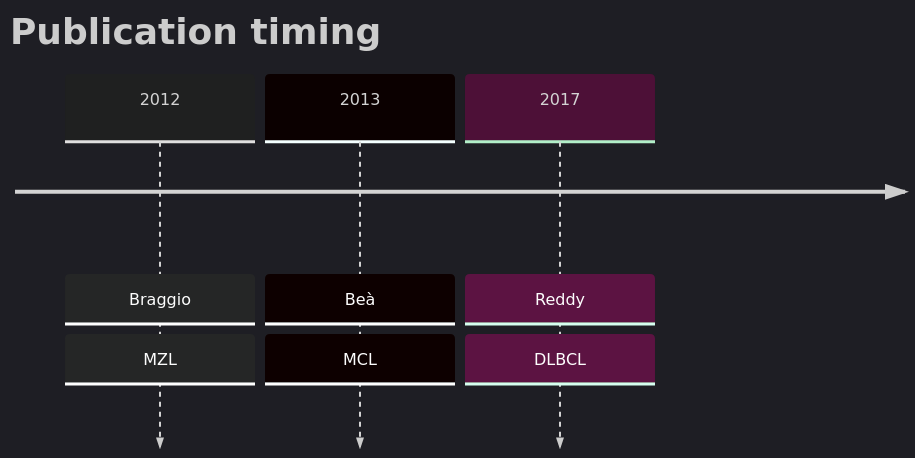
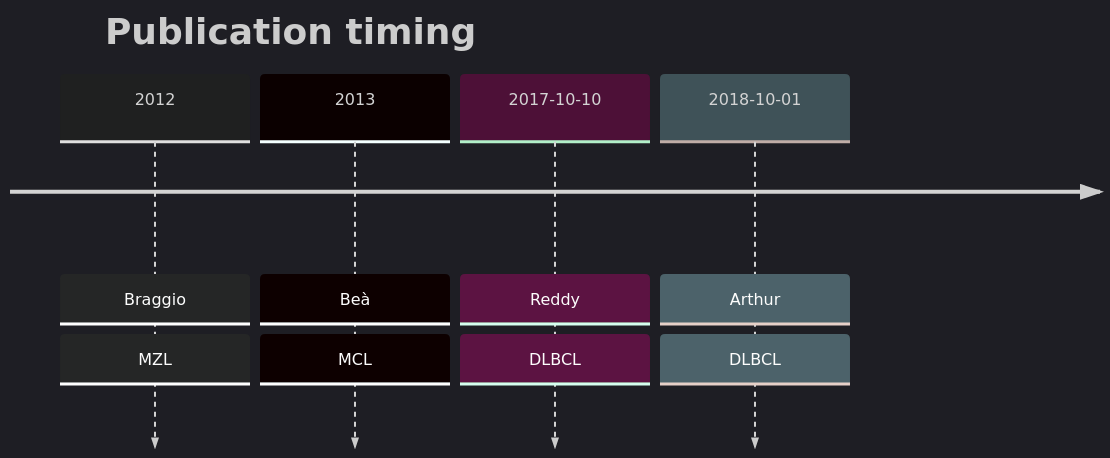
One commit to morinlab/lymphopedia changed the diagram in ATM.md. Above: the diagram before and after it, drawn with Mermaid.

````diff
--- a/ATM.md
+++ b/ATM.md
@@ -12,8 +12,9 @@
 ```mermaid
 %%{init: { 'logLevel': 'debug', 'theme': 'dark' } }%%
     timeline
         title Publication timing
           2012 : Braggio : MZL
           2013 : Beà : MCL
-          2017 : Reddy : DLBCL
+2017-10-10 : Reddy : DLBCL
+2018-10-01 : Arthur : DLBCL
 ```
````
